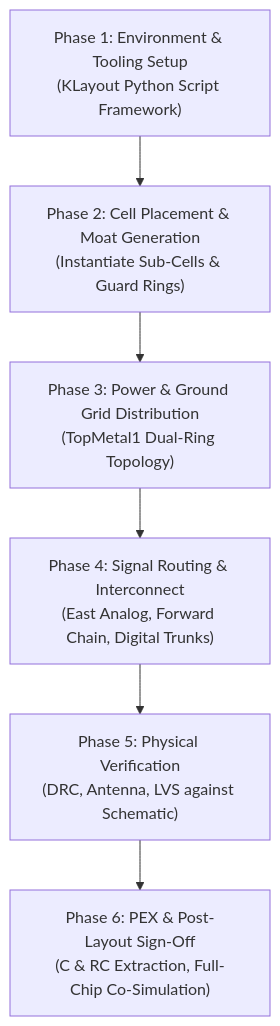
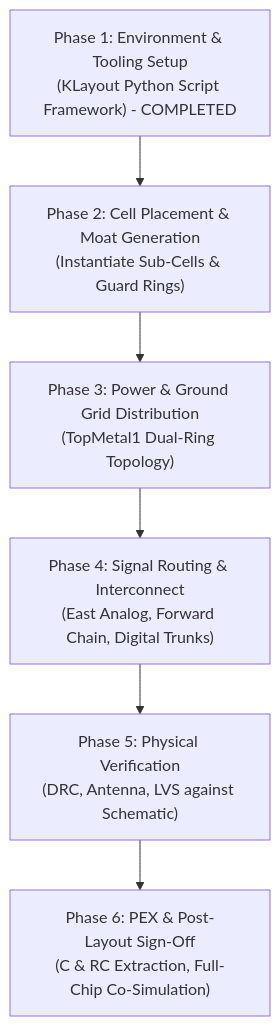
Before and after one commit to orpheus016/sg13cmos5l_spma_ip__instramp: the diagram in gds/pgia_top/layout_implementation_plan.md, drawn with Mermaid. The commit also changed other lines of this file and 4 other files, not shown here.

Commit message:
feat: implement environment & automated assembly tooling setup for pgia_top

````diff
--- a/gds/pgia_top/layout_implementation_plan.md
+++ b/gds/pgia_top/layout_implementation_plan.md
@@ -81,8 +81,8 @@
 ```mermaid
 graph TD
-    P1["Phase 1: Environment & Tooling Setup<br/>(KLayout Python Script Framework)"] --> P2["Phase 2: Cell Placement & Moat Generation<br/>(Instantiate Sub-Cells & Guard Rings)"]
+    P1["Phase 1: Environment & Tooling Setup<br/>(KLayout Python Script Framework) - COMPLETED"] --> P2["Phase 2: Cell Placement & Moat Generation<br/>(Instantiate Sub-Cells & Guard Rings)"]
     P2 --> P3["Phase 3: Power & Ground Grid Distribution<br/>(TopMetal1 Dual-Ring Topology)"]
     P3 --> P4["Phase 4: Signal Routing & Interconnect<br/>(East Analog, Forward Chain, Digital Trunks)"]
     P4 --> P5["Phase 5: Physical Verification<br/>(DRC, Antenna, LVS against Schematic)"]
     P5 --> P6["Phase 6: PEX & Post-Layout Sign-Off<br/>(C & RC Extraction, Full-Chip Co-Simulation)"]
 ```
````
